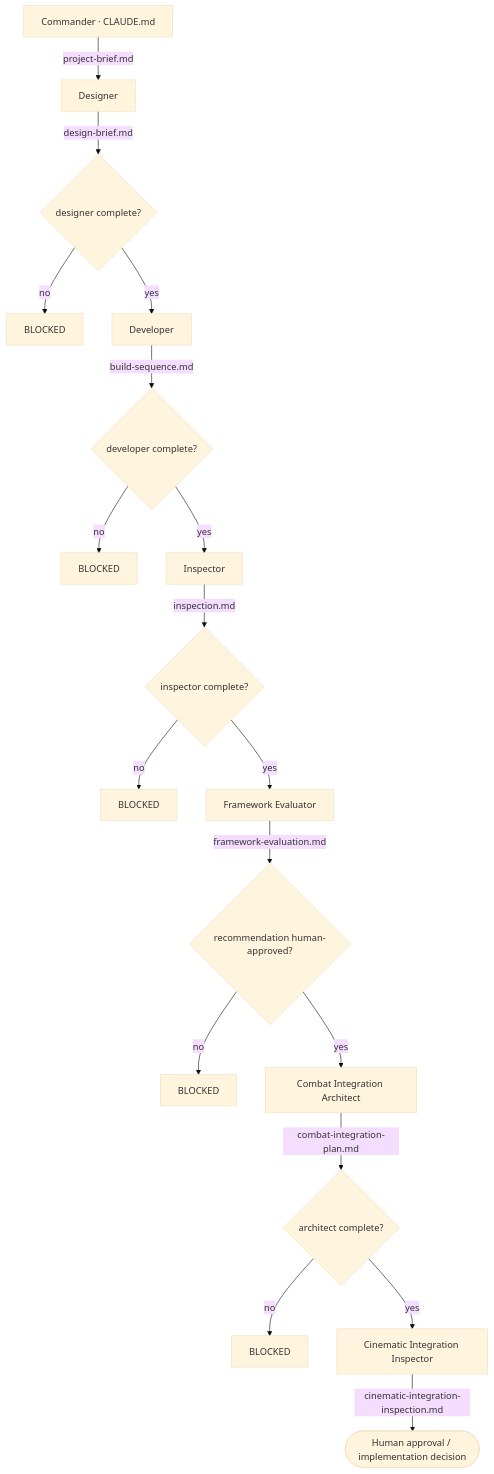
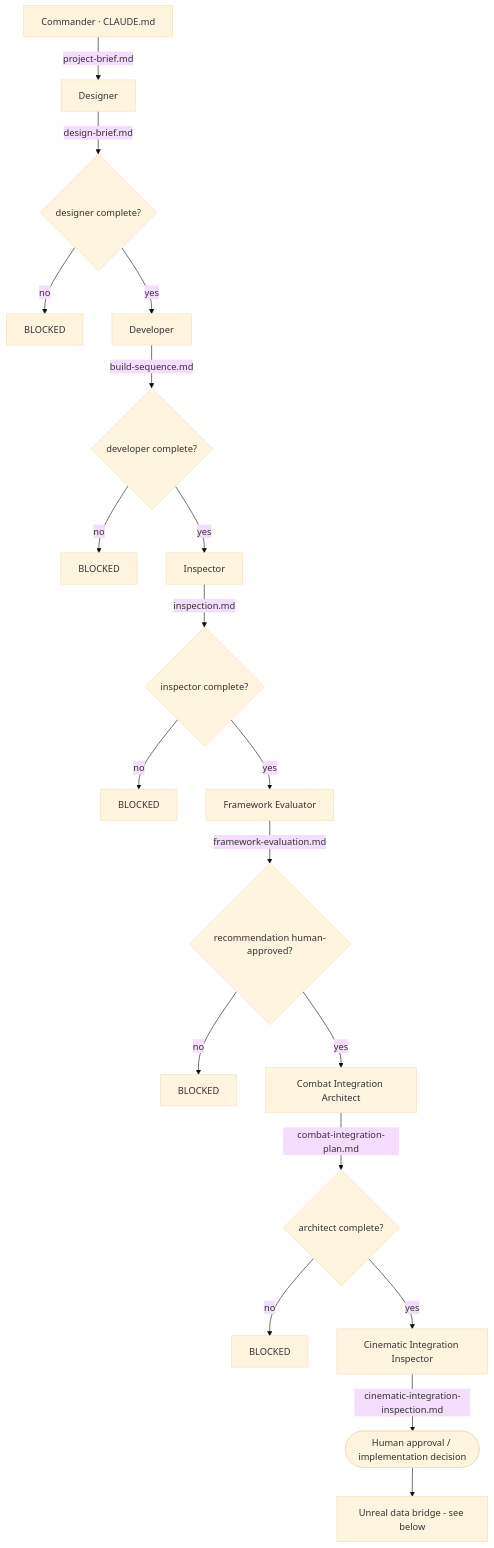
Before and after one commit to AthetosTrace/fight-game: the first of 2 diagrams in CLAUDE.md, drawn with Mermaid (base theme). The commit also changed other lines of this file and 5 other files, not shown here.

````diff
--- a/CLAUDE.md
+++ b/CLAUDE.md
@@ -190,20 +219,21 @@
 ```mermaid
 flowchart TD
     C[Commander · CLAUDE.md] -->|project-brief.md| D[Designer]
     D -->|design-brief.md| G1{designer complete?}
     G1 -->|no| X1[BLOCKED]
     G1 -->|yes| V[Developer]
     V -->|build-sequence.md| G2{developer complete?}
     G2 -->|no| X2[BLOCKED]
     G2 -->|yes| I[Inspector]
     I -->|inspection.md| G3{inspector complete?}
     G3 -->|no| X3[BLOCKED]
     G3 -->|yes| F[Framework Evaluator]
     F -->|framework-evaluation.md| G4{recommendation human-approved?}
     G4 -->|no| X4[BLOCKED]
     G4 -->|yes| A[Combat Integration Architect]
     A -->|combat-integration-plan.md| G5{architect complete?}
     G5 -->|no| X5[BLOCKED]
     G5 -->|yes| CI[Cinematic Integration Inspector]
     CI -->|cinematic-integration-inspection.md| H([Human approval / implementation decision])
+    H --> B1[Unreal data bridge - see below]
 ```
````
